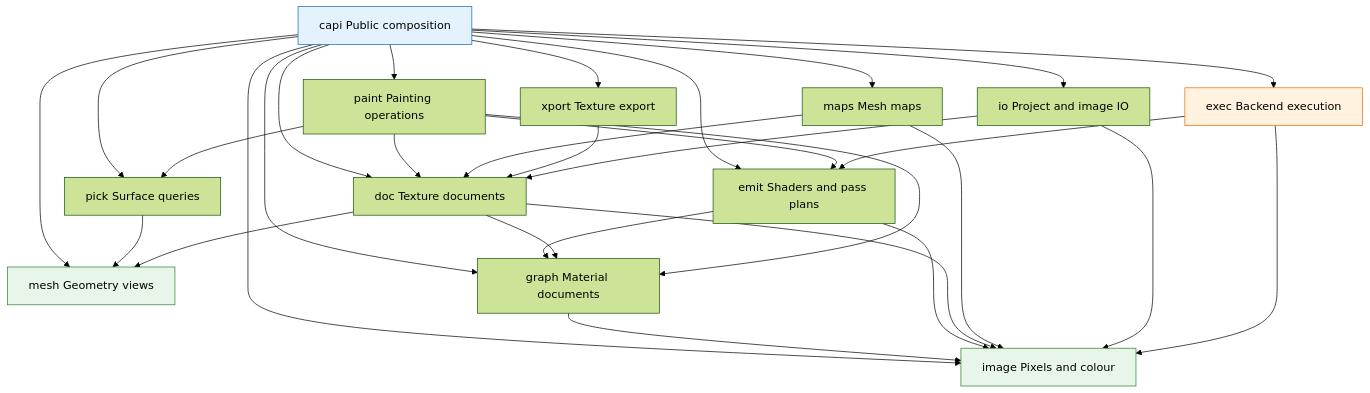
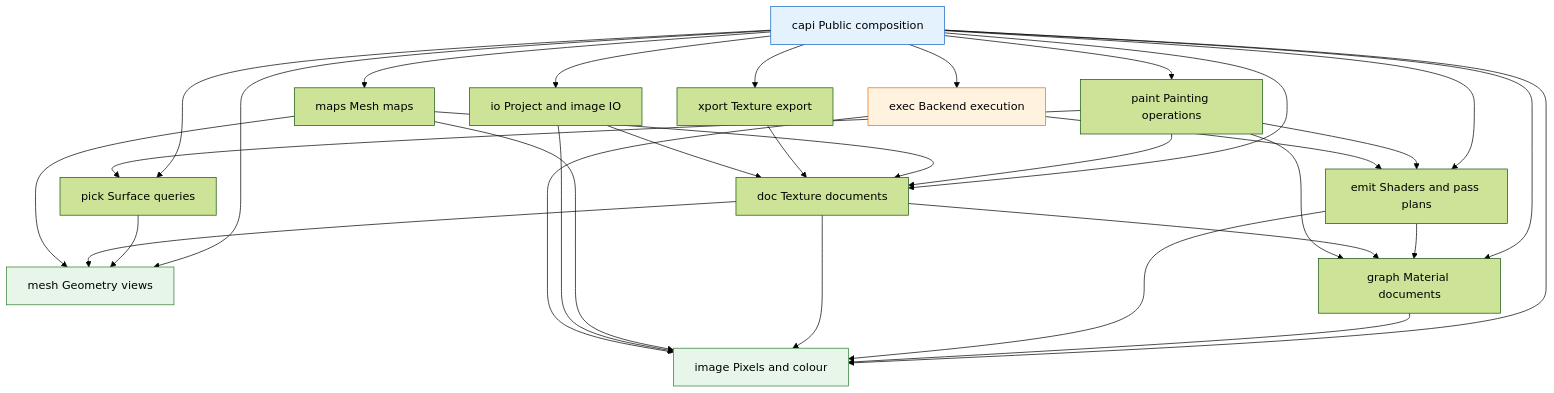
Before and after one commit to CyberdyneCorp/CyberTexel: the diagram in README.md, drawn with Mermaid (forest theme). The commit also changed 10 other files, not shown here.

Commit message:
Track mesh maps by mesh revision

````diff
--- a/README.md
+++ b/README.md
@@ -215,37 +215,38 @@
 ```mermaid
 flowchart TD
     CAPI["capi Public composition"] --> IMG["image Pixels and colour"]
     CAPI --> MESH["mesh Geometry views"]
     CAPI --> PICK["pick Surface queries"]
     CAPI --> GRAPH["graph Material documents"]
     CAPI --> EMIT["emit Shaders and pass plans"]
     CAPI --> DOC["doc Texture documents"]
     CAPI --> PAINT["paint Painting operations"]
     CAPI --> MAPS["maps Mesh maps"]
     CAPI --> XPORT["xport Texture export"]
     CAPI --> IO["io Project and image IO"]
     CAPI --> EXEC["exec Backend execution"]
     PICK --> MESH
     GRAPH --> IMG
     EMIT --> GRAPH
     EMIT --> IMG
     DOC --> GRAPH
     DOC --> IMG
     DOC --> MESH
     PAINT --> DOC
     PAINT --> EMIT
     PAINT --> GRAPH
     PAINT --> PICK
     MAPS --> DOC
     MAPS --> IMG
+    MAPS --> MESH
     XPORT --> DOC
     IO --> DOC
     IO --> IMG
     EXEC --> EMIT
     EXEC --> IMG
 
     style CAPI fill:#E3F2FD,stroke:#1565C0
     style EXEC fill:#FFF3E0,stroke:#EF6C00
     style IMG fill:#E8F5E9,stroke:#2E7D32
     style MESH fill:#E8F5E9,stroke:#2E7D32
 ```
````
